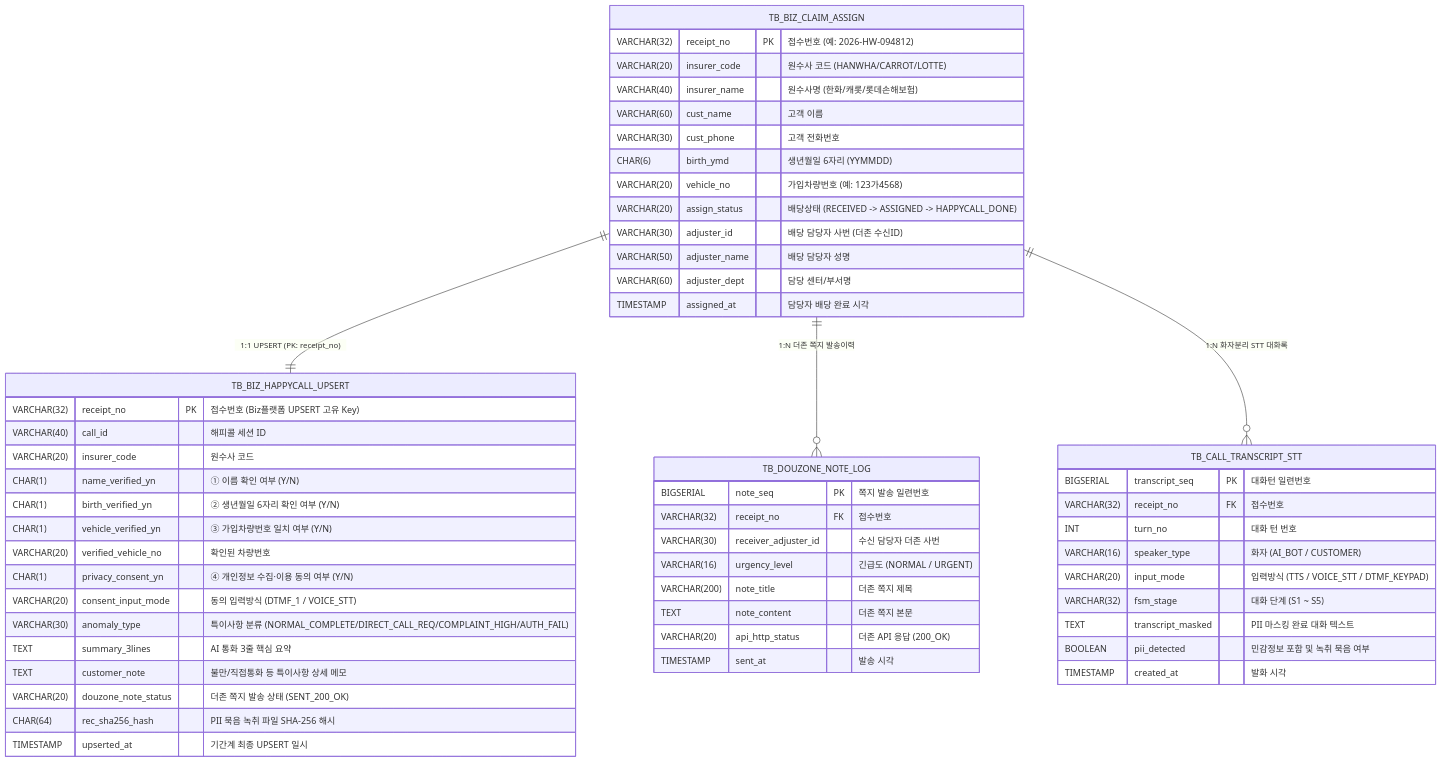
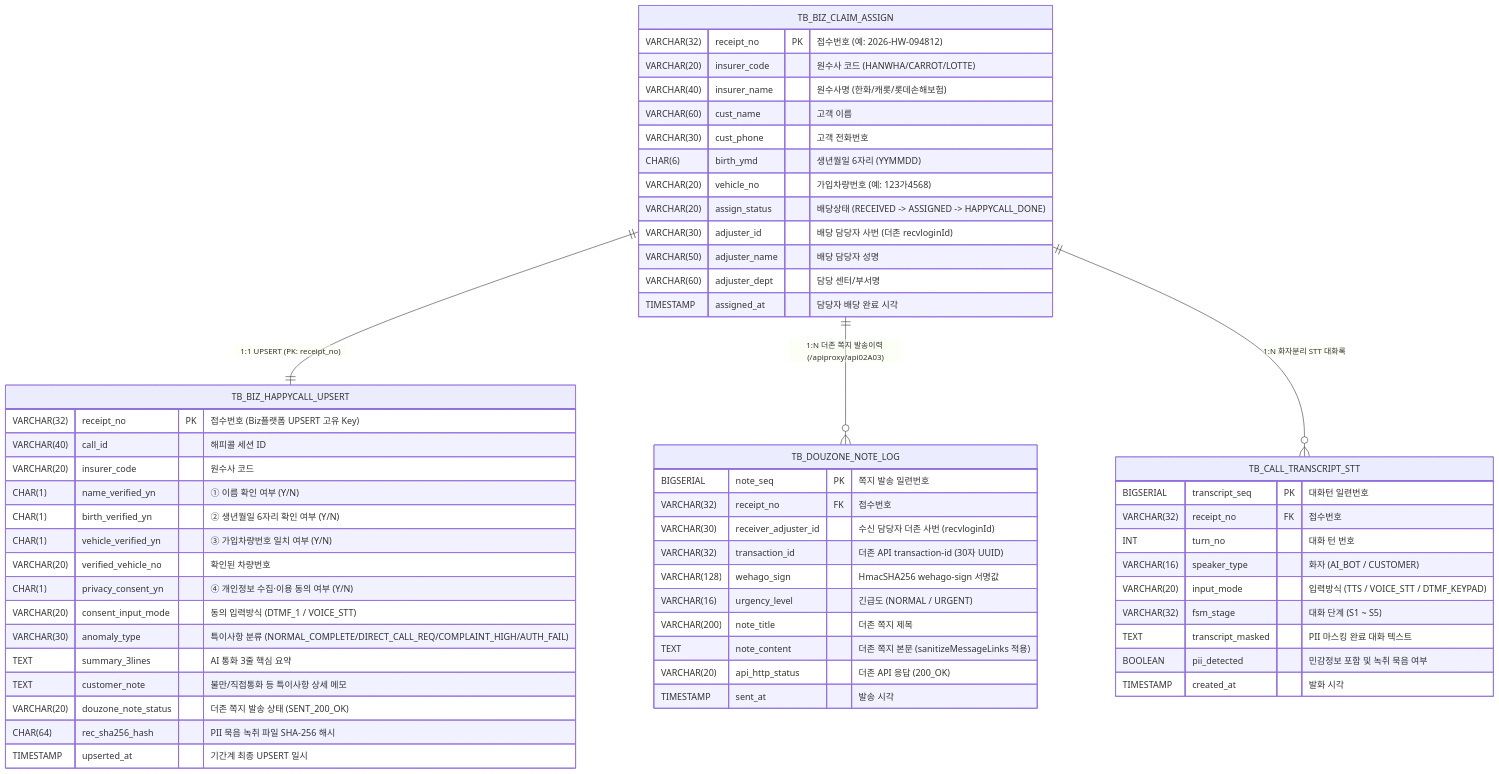
One commit to herosonsa1/AI_HappyCall changed the third of 3 diagrams in dist/docs/02_응용프로그램_설계도면.md. Above: the diagram before and after it, drawn with Mermaid. The commit also changed other lines of this file and 33 other files, not shown here.

Commit message:
feat(node4-douzone): REA-analyze ITTM DouzoneApiClient (/apiproxy/api02A03) and embed directly into Node 4 without separate node

````diff
--- a/dist/docs/02_응용프로그램_설계도면.md
+++ b/dist/docs/02_응용프로그램_설계도면.md
@@ -182,62 +238,64 @@
 ```mermaid
 erDiagram
     TB_BIZ_CLAIM_ASSIGN ||--|| TB_BIZ_HAPPYCALL_UPSERT : "1:1 UPSERT (PK: receipt_no)"
-    TB_BIZ_CLAIM_ASSIGN ||--o{ TB_DOUZONE_NOTE_LOG : "1:N 더존 쪽지 발송이력"
+    TB_BIZ_CLAIM_ASSIGN ||--o{ TB_DOUZONE_NOTE_LOG : "1:N 더존 쪽지 발송이력 (/apiproxy/api02A03)"
     TB_BIZ_CLAIM_ASSIGN ||--o{ TB_CALL_TRANSCRIPT_STT : "1:N 화자분리 STT 대화록"
 
     TB_BIZ_CLAIM_ASSIGN {
         VARCHAR(32) receipt_no PK "접수번호 (예: 2026-HW-094812)"
         VARCHAR(20) insurer_code "원수사 코드 (HANWHA/CARROT/LOTTE)"
         VARCHAR(40) insurer_name "원수사명 (한화/캐롯/롯데손해보험)"
         VARCHAR(60) cust_name "고객 이름"
         VARCHAR(30) cust_phone "고객 전화번호"
         CHAR(6) birth_ymd "생년월일 6자리 (YYMMDD)"
         VARCHAR(20) vehicle_no "가입차량번호 (예: 123가4568)"
         VARCHAR(20) assign_status "배당상태 (RECEIVED -> ASSIGNED -> HAPPYCALL_DONE)"
-        VARCHAR(30) adjuster_id "배당 담당자 사번 (더존 수신ID)"
+        VARCHAR(30) adjuster_id "배당 담당자 사번 (더존 recvloginId)"
         VARCHAR(50) adjuster_name "배당 담당자 성명"
         VARCHAR(60) adjuster_dept "담당 센터/부서명"
         TIMESTAMP assigned_at "담당자 배당 완료 시각"
     }
 
     TB_BIZ_HAPPYCALL_UPSERT {
         VARCHAR(32) receipt_no PK "접수번호 (Biz플랫폼 UPSERT 고유 Key)"
         VARCHAR(40) call_id "해피콜 세션 ID"
         VARCHAR(20) insurer_code "원수사 코드"
         CHAR(1) name_verified_yn "① 이름 확인 여부 (Y/N)"
         CHAR(1) birth_verified_yn "② 생년월일 6자리 확인 여부 (Y/N)"
         CHAR(1) vehicle_verified_yn "③ 가입차량번호 일치 여부 (Y/N)"
         VARCHAR(20) verified_vehicle_no "확인된 차량번호"
         CHAR(1) privacy_consent_yn "④ 개인정보 수집·이용 동의 여부 (Y/N)"
         VARCHAR(20) consent_input_mode "동의 입력방식 (DTMF_1 / VOICE_STT)"
         VARCHAR(30) anomaly_type "특이사항 분류 (NORMAL_COMPLETE/DIRECT_CALL_REQ/COMPLAINT_HIGH/AUTH_FAIL)"
         TEXT summary_3lines "AI 통화 3줄 핵심 요약"
         TEXT customer_note "불만/직접통화 등 특이사항 상세 메모"
         VARCHAR(20) douzone_note_status "더존 쪽지 발송 상태 (SENT_200_OK)"
         CHAR(64) rec_sha256_hash "PII 묵음 녹취 파일 SHA-256 해시"
         TIMESTAMP upserted_at "기간계 최종 UPSERT 일시"
     }
 
     TB_DOUZONE_NOTE_LOG {
         BIGSERIAL note_seq PK "쪽지 발송 일련번호"
         VARCHAR(32) receipt_no FK "접수번호"
-        VARCHAR(30) receiver_adjuster_id "수신 담당자 더존 사번"
+        VARCHAR(30) receiver_adjuster_id "수신 담당자 더존 사번 (recvloginId)"
+        VARCHAR(32) transaction_id "더존 API transaction-id (30자 UUID)"
+        VARCHAR(128) wehago_sign "HmacSHA256 wehago-sign 서명값"
         VARCHAR(16) urgency_level "긴급도 (NORMAL / URGENT)"
         VARCHAR(200) note_title "더존 쪽지 제목"
-        TEXT note_content "더존 쪽지 본문"
+        TEXT note_content "더존 쪽지 본문 (sanitizeMessageLinks 적용)"
         VARCHAR(20) api_http_status "더존 API 응답 (200_OK)"
         TIMESTAMP sent_at "발송 시각"
     }
 
     TB_CALL_TRANSCRIPT_STT {
         BIGSERIAL transcript_seq PK "대화턴 일련번호"
         VARCHAR(32) receipt_no FK "접수번호"
         INT turn_no "대화 턴 번호"
         VARCHAR(16) speaker_type "화자 (AI_BOT / CUSTOMER)"
         VARCHAR(20) input_mode "입력방식 (TTS / VOICE_STT / DTMF_KEYPAD)"
         VARCHAR(32) fsm_stage "대화 단계 (S1 ~ S5)"
         TEXT transcript_masked "PII 마스킹 완료 대화 텍스트"
         BOOLEAN pii_detected "민감정보 포함 및 녹취 묵음 여부"
         TIMESTAMP created_at "발화 시각"
     }
 ```
````
